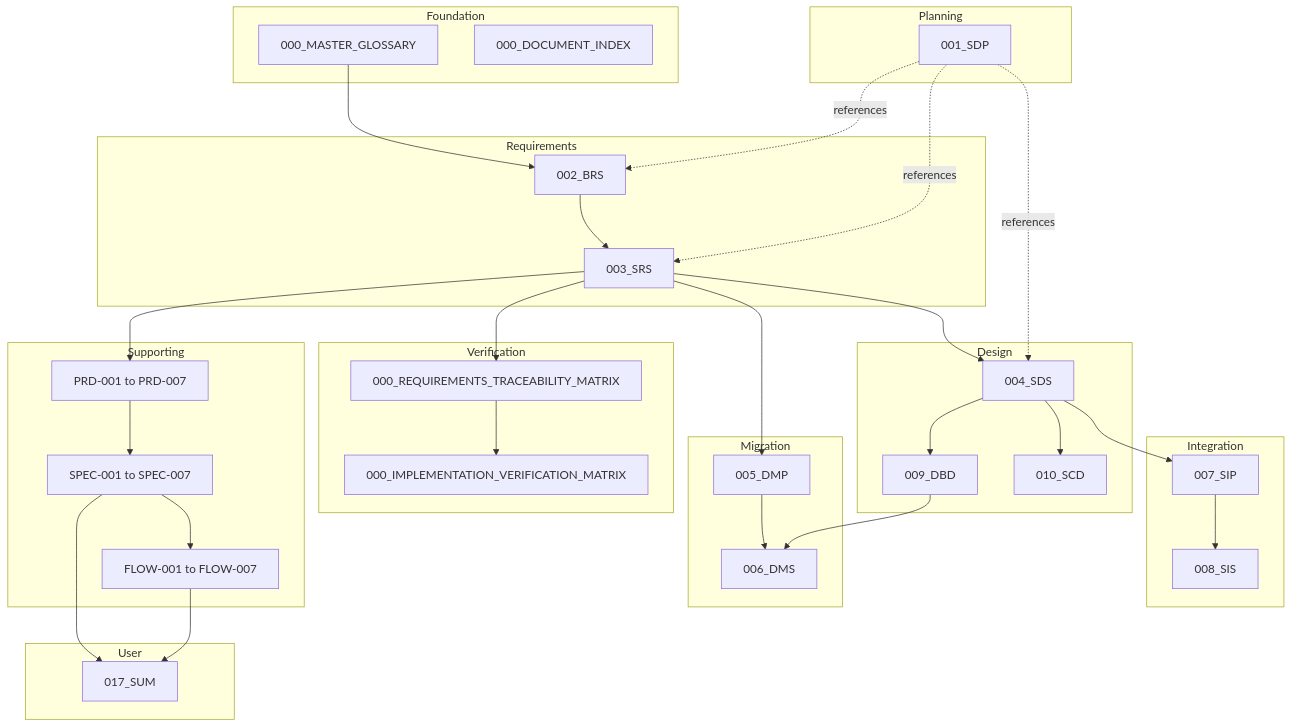
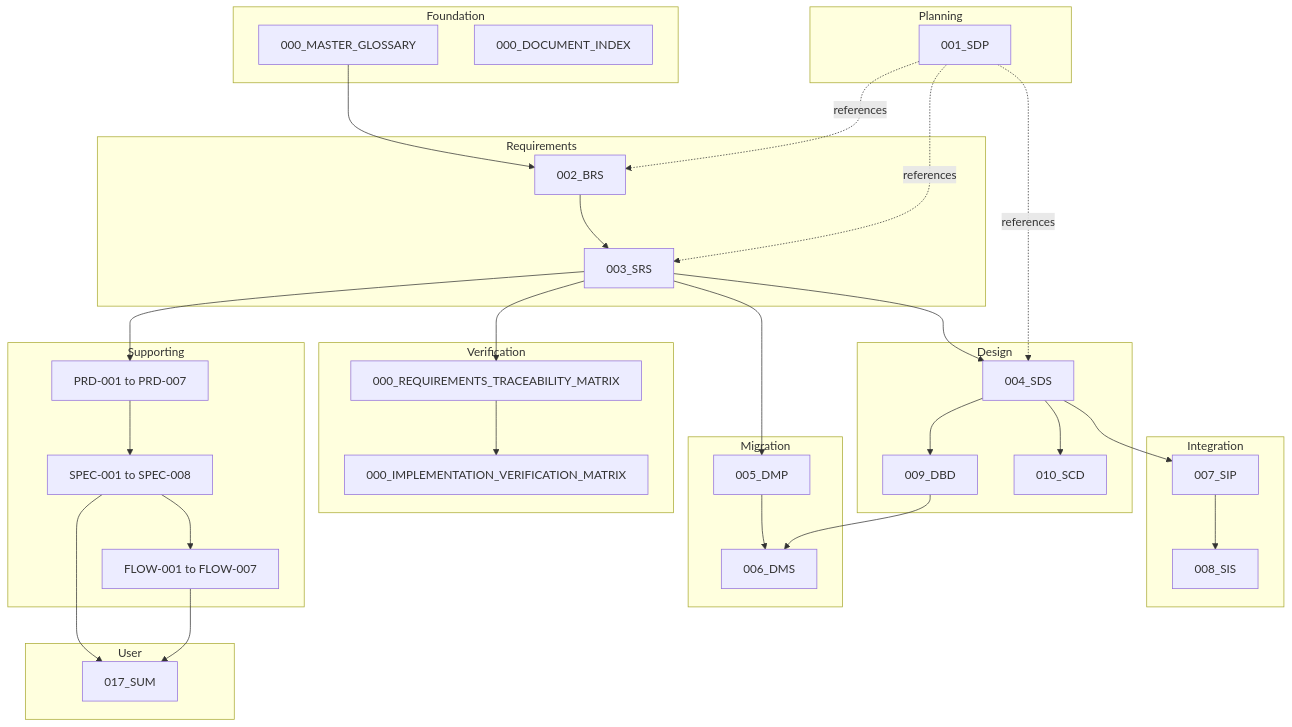
The second of 2 diagrams in docs/00-core-docs/000_DOCUMENT_INDEX.md (exatfrds67/umamusume-career-planner), drawn with Mermaid before and after one commit. The commit also changed other lines of this file and 111 other files, not shown here.

````diff
--- a/docs/00-core-docs/000_DOCUMENT_INDEX.md
+++ b/docs/00-core-docs/000_DOCUMENT_INDEX.md
@@ -409,73 +410,73 @@
 ```mermaid
 flowchart TB
     subgraph Foundation
         Glossary[000_MASTER_GLOSSARY]
         Index[000_DOCUMENT_INDEX]
     end
     
     subgraph Planning
         SDP[001_SDP]
     end
     
     subgraph Requirements
         BRS[002_BRS]
         SRS[003_SRS]
     end
     
     subgraph Design
         SDS[004_SDS]
         DBD[009_DBD]
         SCD[010_SCD]
     end
     
     subgraph Integration
         SIP[007_SIP]
         SIS[008_SIS]
     end
     
     subgraph Migration
         DMP[005_DMP]
         DMS[006_DMS]
     end
     
     subgraph Verification
         IVM[000_IMPLEMENTATION_VERIFICATION_MATRIX]
         RTM[000_REQUIREMENTS_TRACEABILITY_MATRIX]
     end
     
     subgraph User
         SUM[017_SUM]
     end
     
     subgraph Supporting
         PRDs[PRD-001 to PRD-007]
-        SPECs[SPEC-001 to SPEC-007]
+        SPECs[SPEC-001 to SPEC-008]
         FLOWs[FLOW-001 to FLOW-007]
     end
     
     Glossary --> BRS
     BRS --> SRS
     SRS --> SDS
     SRS --> PRDs
     PRDs --> SPECs
     SPECs --> FLOWs
     
     SDS --> DBD
     SDS --> SCD
     SDS --> SIP
     SIP --> SIS
     
     SRS --> DMP
     DMP --> DMS
     DBD --> DMS
     
     SRS --> RTM
     RTM --> IVM
     
     SPECs --> SUM
     FLOWs --> SUM
     
     SDP -.references.-> BRS
     SDP -.references.-> SRS
     SDP -.references.-> SDS
 ```
````
